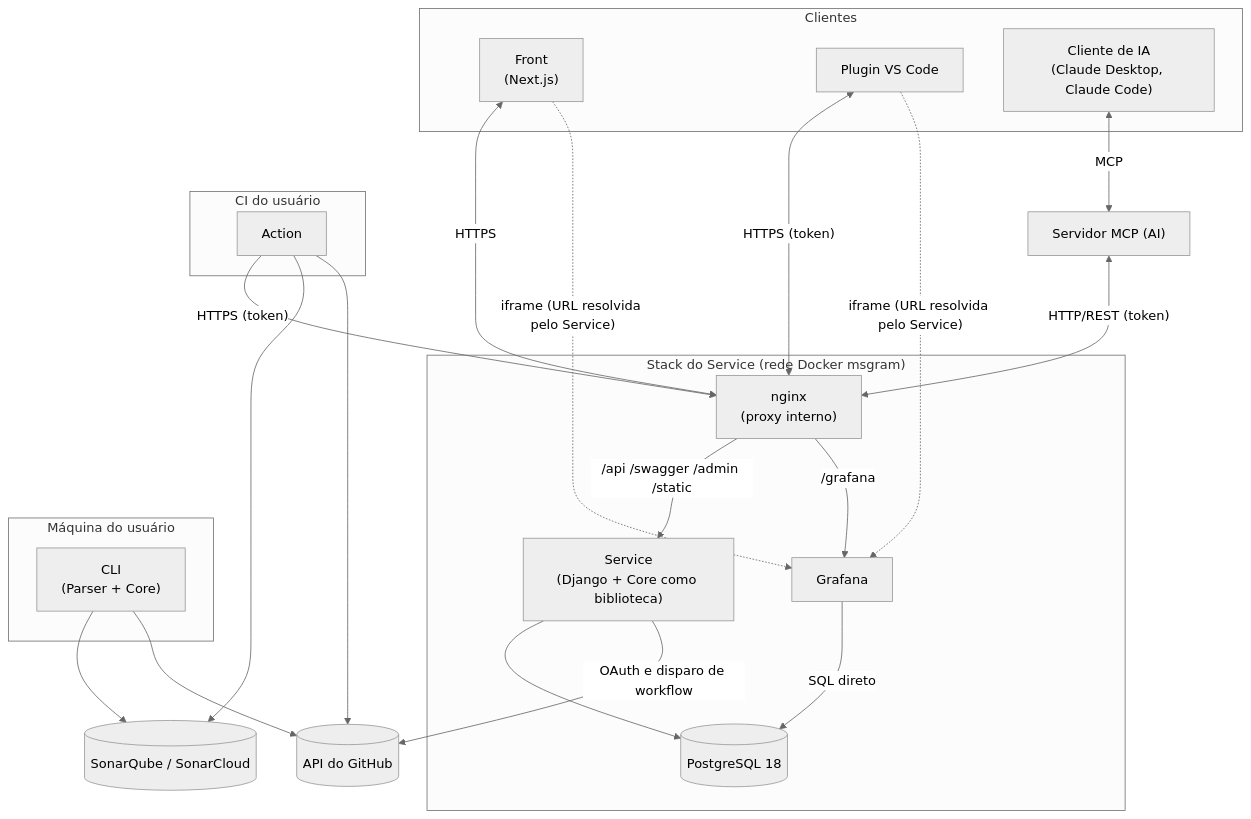
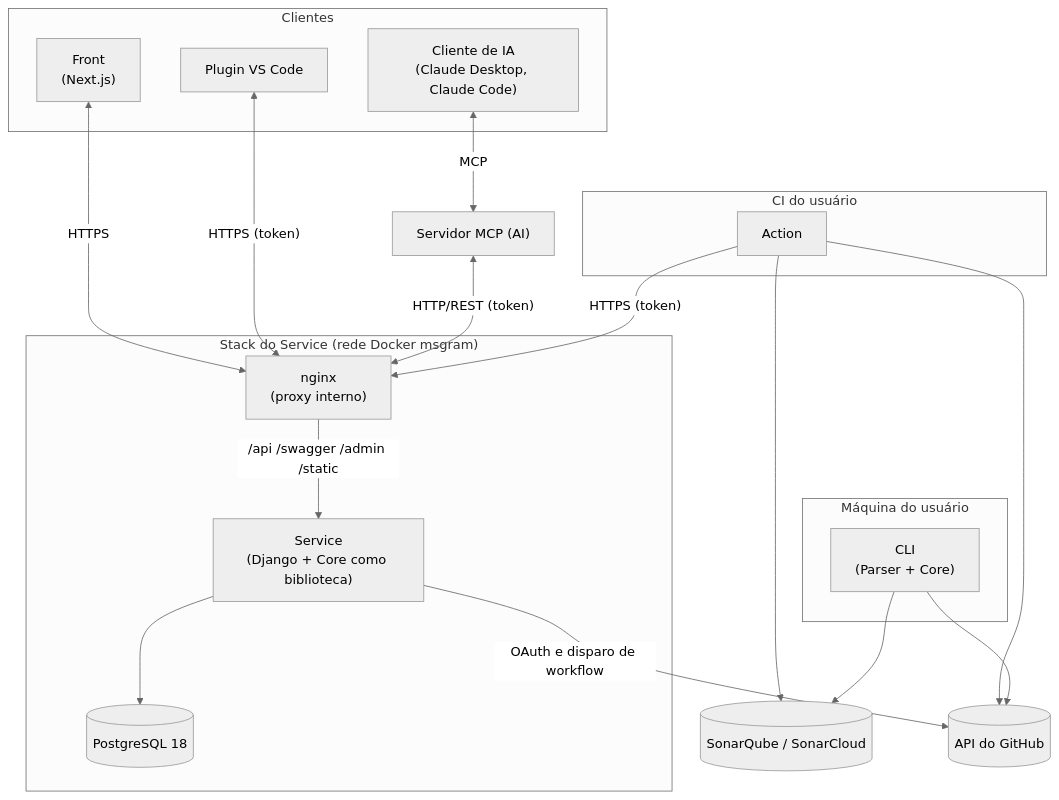
Before and after one commit to fga-eps-mds/2026.2-MeasureSoftGram-DOC: the first of 8 diagrams in docs/produto/arquitetura.mdx, drawn with Mermaid (neutral theme). The commit also changed other lines of this file, not shown here.

Commit message:
docs(arquitetura): remove o Grafana da arquitetura

````diff
--- a/docs/produto/arquitetura.mdx
+++ b/docs/produto/arquitetura.mdx
@@ -118,44 +94,39 @@
 ```mermaid
 flowchart TB
     subgraph Clientes
         FE["Front<br/>(Next.js)"]
         VSC["Plugin VS Code"]
         IA["Cliente de IA<br/>(Claude Desktop, Claude Code)"]
     end
 
     subgraph Stack["Stack do Service (rede Docker msgram)"]
         RP["nginx<br/>(proxy interno)"]
         SVC["Service<br/>(Django + Core como biblioteca)"]
         DB[("PostgreSQL 18")]
-        GF["Grafana"]
         RP -->|"/api /swagger /admin /static"| SVC
-        RP -->|"/grafana"| GF
         SVC --> DB
-        GF -->|"SQL direto"| DB
     end
 
     subgraph CI["CI do usuário"]
         ACT["Action"]
     end
 
     subgraph Local["Máquina do usuário"]
         CLI["CLI<br/>(Parser + Core)"]
     end
 
     MCP["Servidor MCP (AI)"]
     SQ[("SonarQube / SonarCloud")]
     GH[("API do GitHub")]
 
     FE <-->|HTTPS| RP
     VSC <-->|"HTTPS (token)"| RP
-    FE -.->|"iframe (URL resolvida pelo Service)"| GF
-    VSC -.->|"iframe (URL resolvida pelo Service)"| GF
     IA <-->|MCP| MCP
     MCP <-->|"HTTP/REST (token)"| RP
     ACT -->|"HTTPS (token)"| RP
     ACT --> SQ
     ACT --> GH
     CLI --> SQ
     CLI --> GH
     SVC -->|"OAuth e disparo de workflow"| GH
 ```
````
